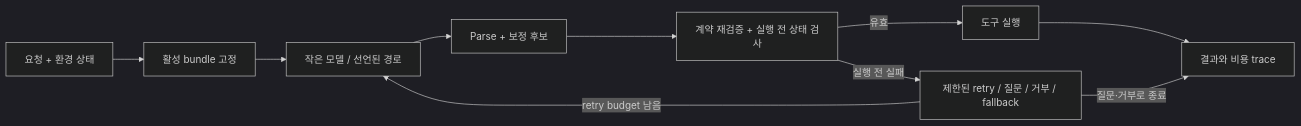
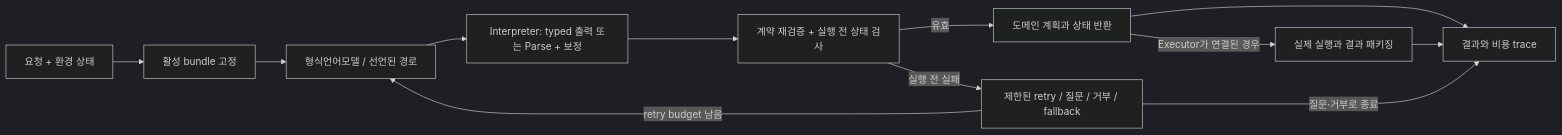
Before and after one commit to rixile9999/ganglion: the third of 3 diagrams in docs/architecture_v2.md, drawn with Mermaid (dark theme). The commit also changed other lines of this file and 2 other files, not shown here.

````diff
--- a/docs/architecture_v2.md
+++ b/docs/architecture_v2.md
@@ -258,12 +278,14 @@
 ```mermaid
 flowchart LR
     Q[요청 + 환경 상태] --> P[활성 bundle 고정]
-    P --> M[작은 모델 / 선언된 경로]
-    M --> X[Parse + 보정 후보]
+    P --> M[형식언어모델 / 선언된 경로]
+    M --> X[Interpreter: typed 출력 또는 Parse + 보정]
     X --> V[계약 재검증 + 실행 전 상태 검사]
-    V -->|유효| E[도구 실행]
+    V -->|유효| R[도메인 계획과 상태 반환]
+    R -->|Executor가 연결된 경우| E[실제 실행과 결과 패키징]
     V -->|실행 전 실패| F[제한된 retry / 질문 / 거부 / fallback]
     F -->|retry budget 남음| M
-    E --> O[결과와 비용 trace]
+    R --> O[결과와 비용 trace]
+    E --> O
     F -->|질문·거부로 종료| O
 ```
````
